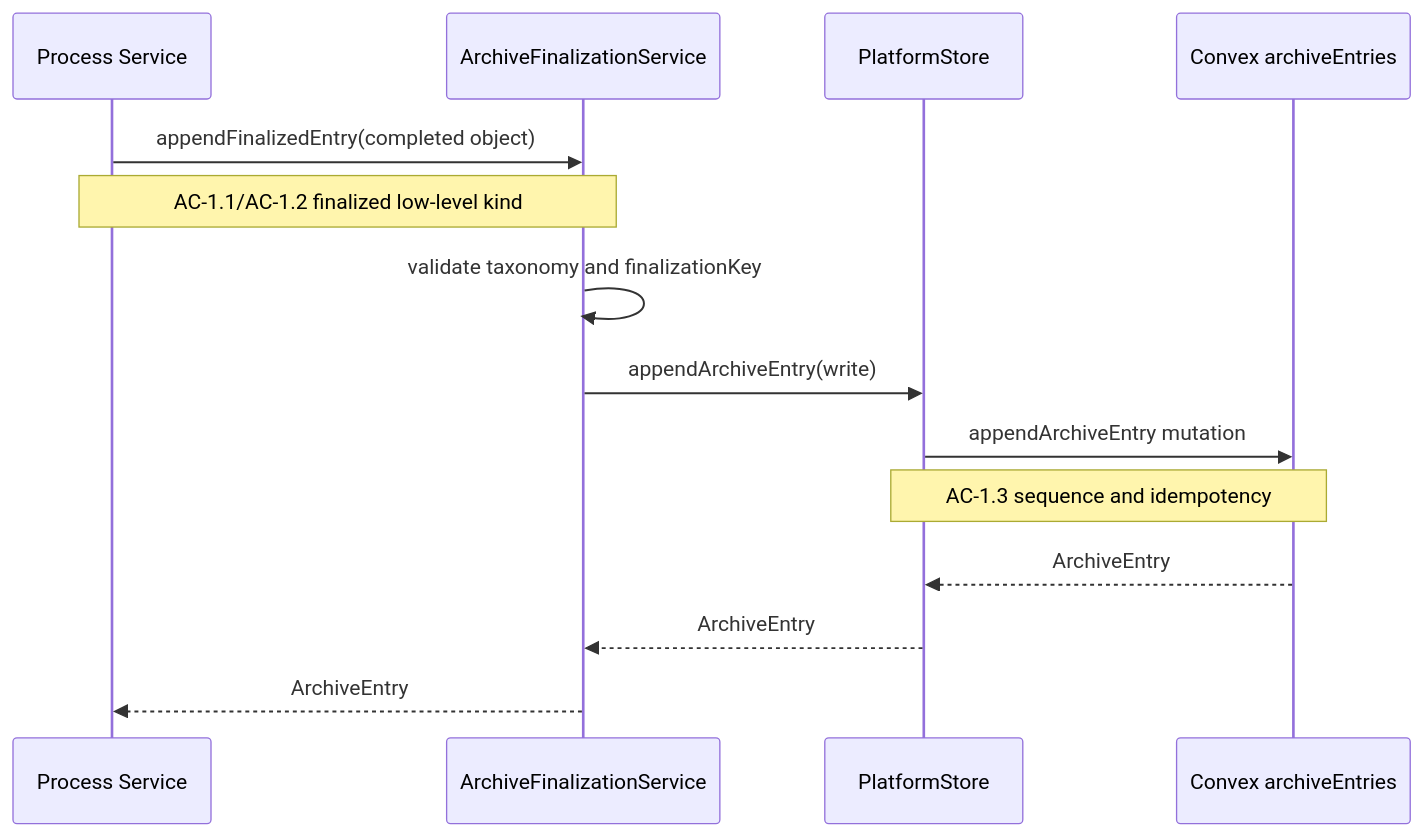
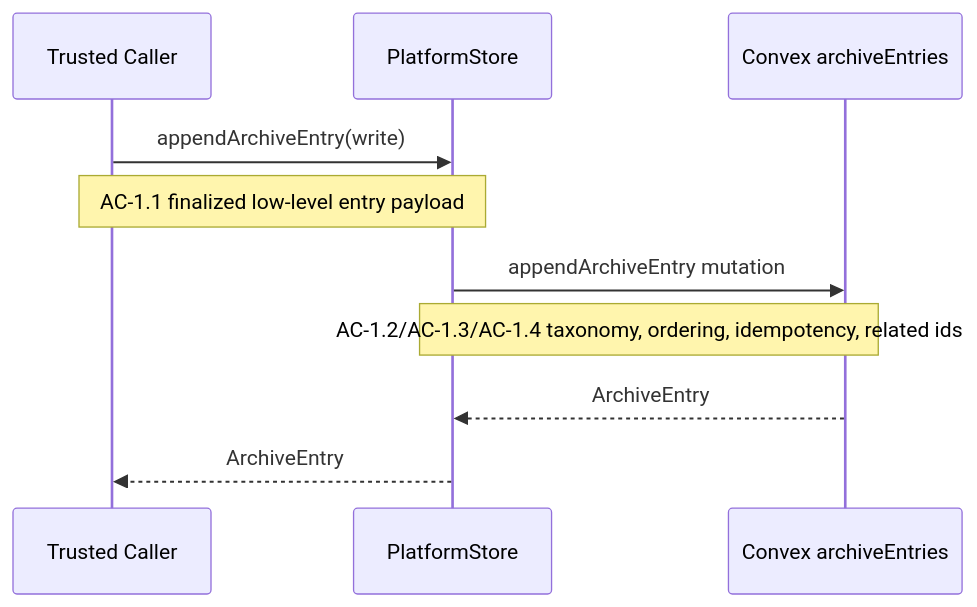
One commit to liminal-ai/liminal-build changed the second of 2 diagrams in docs/spec-build/v2/epics/07--archive-and-derived-views/tech-design.md. Above: the diagram before and after it, drawn with Mermaid. The commit also changed other lines of this file and 7 other files, not shown here.

````diff
--- a/docs/spec-build/v2/epics/07--archive-and-derived-views/tech-design.md
+++ b/docs/spec-build/v2/epics/07--archive-and-derived-views/tech-design.md
@@ -569,17 +571,13 @@
 ```mermaid
 sequenceDiagram
-    participant P as Process Service
-    participant A as ArchiveFinalizationService
+    participant P as Trusted Caller
     participant S as PlatformStore
     participant X as Convex archiveEntries
 
-    P->>A: appendFinalizedEntry(completed object)
-    Note over P,A: AC-1.1/AC-1.2 finalized low-level kind
-    A->>A: validate taxonomy and finalizationKey
-    A->>S: appendArchiveEntry(write)
+    P->>S: appendArchiveEntry(write)
+    Note over P,S: AC-1.1 finalized low-level entry payload
     S->>X: appendArchiveEntry mutation
-    Note over S,X: AC-1.3 sequence and idempotency
+    Note over S,X: AC-1.2/AC-1.3/AC-1.4 taxonomy, ordering, idempotency, related ids
     X-->>S: ArchiveEntry
-    S-->>A: ArchiveEntry
-    A-->>P: ArchiveEntry
+    S-->>P: ArchiveEntry
 ```
````
